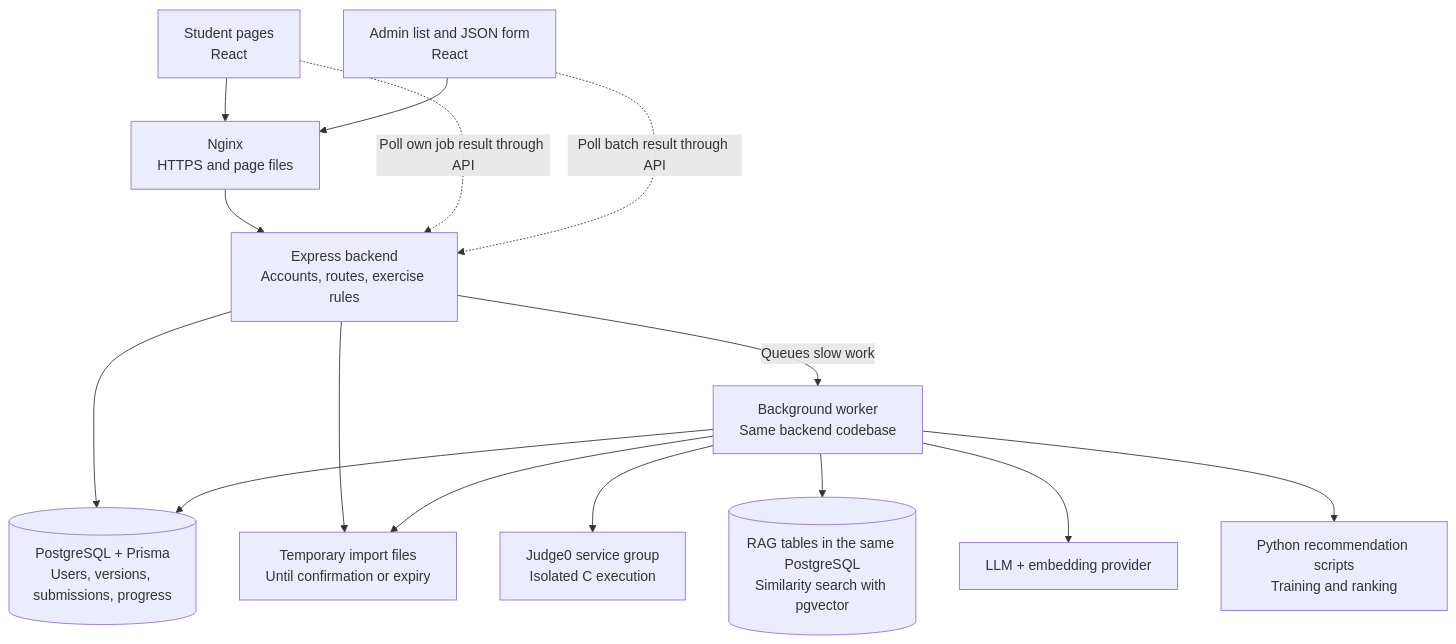
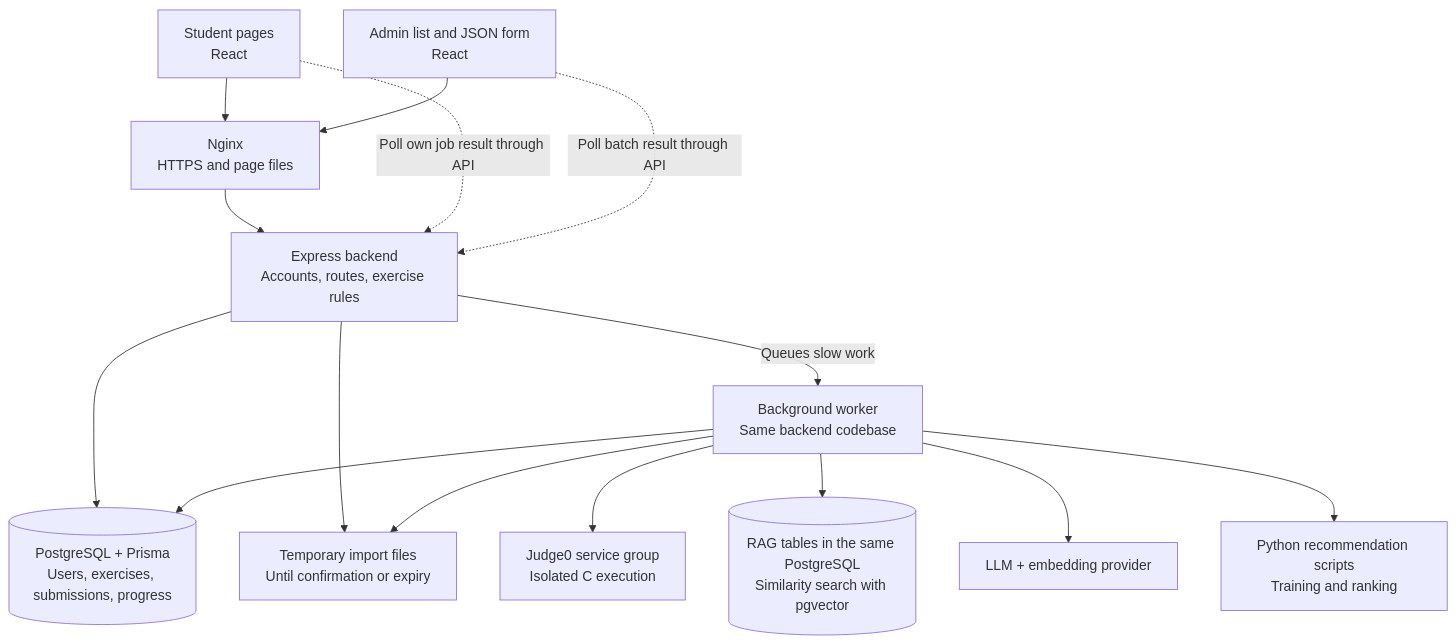
Before and after one commit to Rspinelli93/Trancendece: the diagram in option-3/Diagrams/00-system-overview.mmd, drawn with Mermaid. The commit also changed 24 other files, not shown here.

```diff
--- a/option-3/Diagrams/00-system-overview.mmd
+++ b/option-3/Diagrams/00-system-overview.mmd
@@ -1,26 +1,26 @@
 flowchart TB
     Student["Student pages<br/>React"]
     Admin["Admin list and JSON form<br/>React"]
     Front["Nginx<br/>HTTPS and page files"]
     API["Express backend<br/>Accounts, routes, exercise rules"]
-    DB[("PostgreSQL + Prisma<br/>Users, versions, submissions, progress")]
+    DB[("PostgreSQL + Prisma<br/>Users, exercises, submissions, progress")]
     Temp["Temporary import files<br/>Until confirmation or expiry"]
     Worker["Background worker<br/>Same backend codebase"]
     Judge["Judge0 service group<br/>Isolated C execution"]
     RAG[("RAG tables in the same PostgreSQL<br/>Similarity search with pgvector")]
     LLM["LLM + embedding provider"]
     ML["Python recommendation scripts<br/>Training and ranking"]
     Student --> Front
     Admin --> Front
     Front --> API
     API --> DB
     API --> Temp
     API -->|"Queues slow work"| Worker
     Worker --> DB
     Worker --> Temp
     Worker --> Judge
     Worker --> RAG
     Worker --> LLM
     Worker --> ML
     Student -.->|"Poll own job result through API"| API
     Admin -.->|"Poll batch result through API"| API
```
